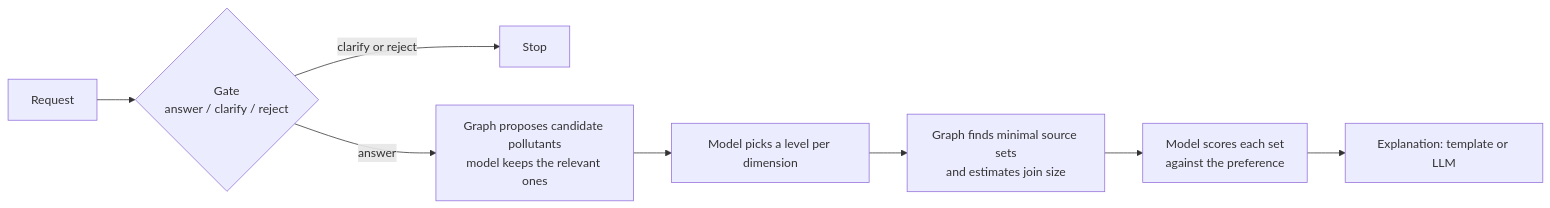
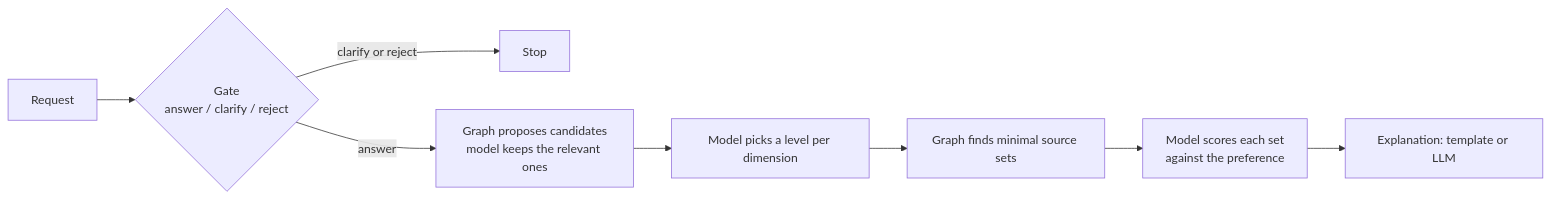
The diagram in README.md (2096955/graphragapp), drawn with Mermaid before and after one commit. The commit also changed other lines of this file and 17 other files, not shown here.

````diff
--- a/README.md
+++ b/README.md
@@ -141,10 +85,10 @@
 ```mermaid
 flowchart LR
   R[Request] --> G{Gate<br/>answer / clarify / reject}
   G -- clarify or reject --> X[Stop]
-  G -- answer --> E[Graph proposes candidate pollutants<br/>model keeps the relevant ones]
+  G -- answer --> E[Graph proposes candidates<br/>model keeps the relevant ones]
   E --> Q[Model picks a level per dimension]
-  Q --> D[Graph finds minimal source sets<br/>and estimates join size]
+  Q --> D[Graph finds minimal source sets]
   D --> K[Model scores each set<br/>against the preference]
   K --> T[Explanation: template or LLM]
 ```
````
